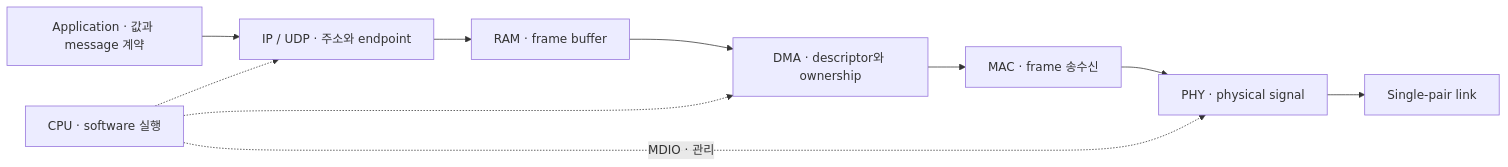
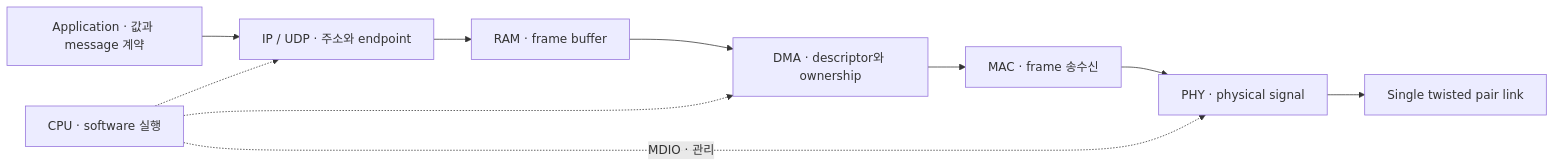
Before and after one commit to HyeonGyu-Lee/HyeonGyu-Lee.github.io: the diagram in docs/차량_통신/Ethernet.md, drawn with Mermaid. The commit also changed other lines of this file and 25 other files, not shown here.

````diff
--- a/docs/차량_통신/Ethernet.md
+++ b/docs/차량_통신/Ethernet.md
@@ -158,12 +158,12 @@
 ```mermaid
 flowchart LR
  A["Application · 값과 message 계약"] --> S["IP / UDP · 주소와 endpoint"]
  S --> B["RAM · frame buffer"]
  B --> D["DMA · descriptor와 ownership"]
  D --> M["MAC · frame 송수신"]
  M --> P["PHY · physical signal"]
- P --> L["Single-pair link"]
+ P --> L["Single twisted pair link"]
  CPU["CPU · software 실행"] -.-> S
  CPU -.-> D
  CPU -. "MDIO · 관리" .-> P
 ```
````
